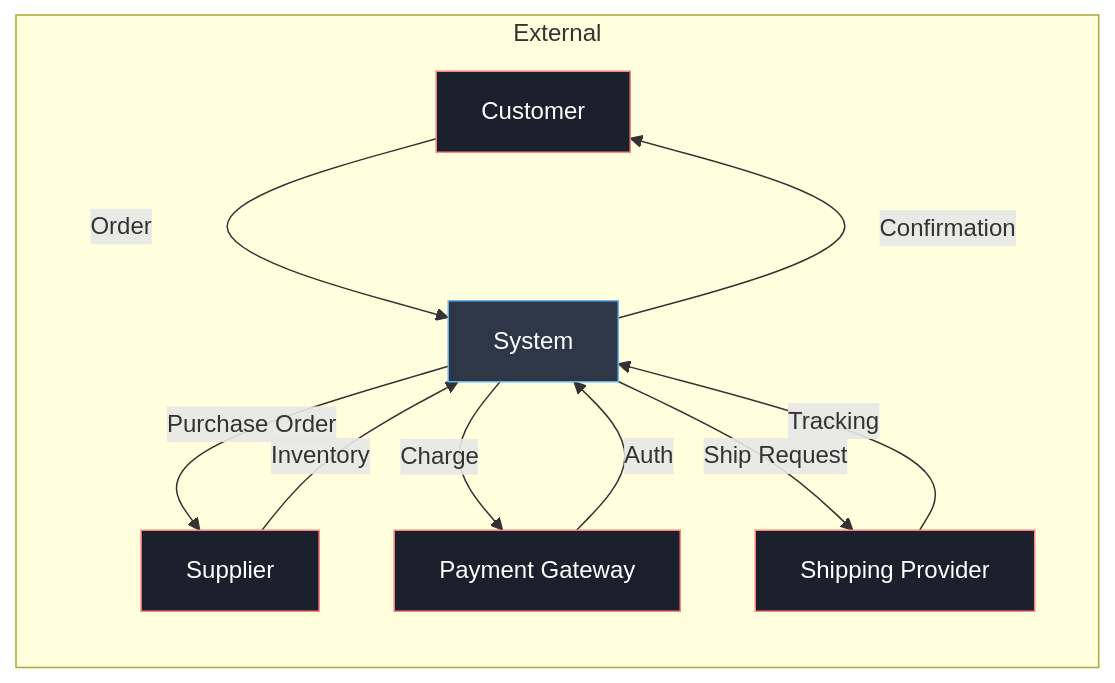
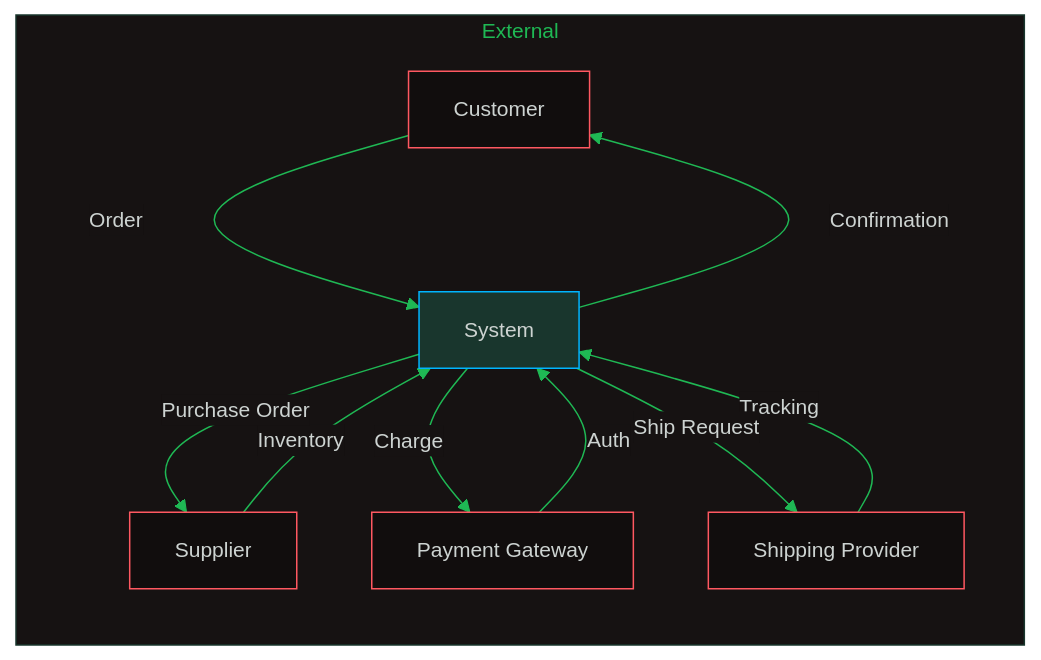
The first of 3 diagrams in software-engineering-note/09_Software_Engineering_Management/06_Project_Initiation_and_Scope.md (oat431/swe-knowledge), drawn with Mermaid before and after one commit. The commit also changed other lines of this file and 11 other files, not shown here.

````diff
--- a/software-engineering-note/09_Software_Engineering_Management/06_Project_Initiation_and_Scope.md
+++ b/software-engineering-note/09_Software_Engineering_Management/06_Project_Initiation_and_Scope.md
@@ -74,19 +74,20 @@
 ```mermaid
+%%{init: {'theme':'base','themeVariables':{'primaryColor':'#19362D','primaryTextColor':'#CDD3D1','primaryBorderColor':'#1FB854','lineColor':'#1FB854','secondaryColor':'#161212','tertiaryColor':'#1B1717','background':'#1B1717','mainBkg':'#19362D','nodeBorder':'#1FB854','clusterBkg':'#161212','clusterBorder':'#19362D','titleColor':'#1FB854','edgeLabelBackground':'#161212','fontSize':'14px'}}}%%
 graph LR
     subgraph External
         A[Customer] -->|Order| S[System]
         B[Supplier] -->|Inventory| S
         C[Payment Gateway] -->|Auth| S
         D[Shipping Provider] -->|Tracking| S
     end
     S -->|Confirmation| A
     S -->|Purchase Order| B
     S -->|Charge| C
     S -->|Ship Request| D
 
-    style S fill:#2d3748,stroke:#63b3ed,color:#fff
-    style A fill:#1a202c,stroke:#fc8181,color:#fff
-    style B fill:#1a202c,stroke:#fc8181,color:#fff
-    style C fill:#1a202c,stroke:#fc8181,color:#fff
-    style D fill:#1a202c,stroke:#fc8181,color:#fff
+    style S fill:#19362D,stroke:#00B5FF,color:#CDD3D1
+    style A fill:#110D0D,stroke:#FF5861,color:#CDD3D1
+    style B fill:#110D0D,stroke:#FF5861,color:#CDD3D1
+    style C fill:#110D0D,stroke:#FF5861,color:#CDD3D1
+    style D fill:#110D0D,stroke:#FF5861,color:#CDD3D1
 ```
````
